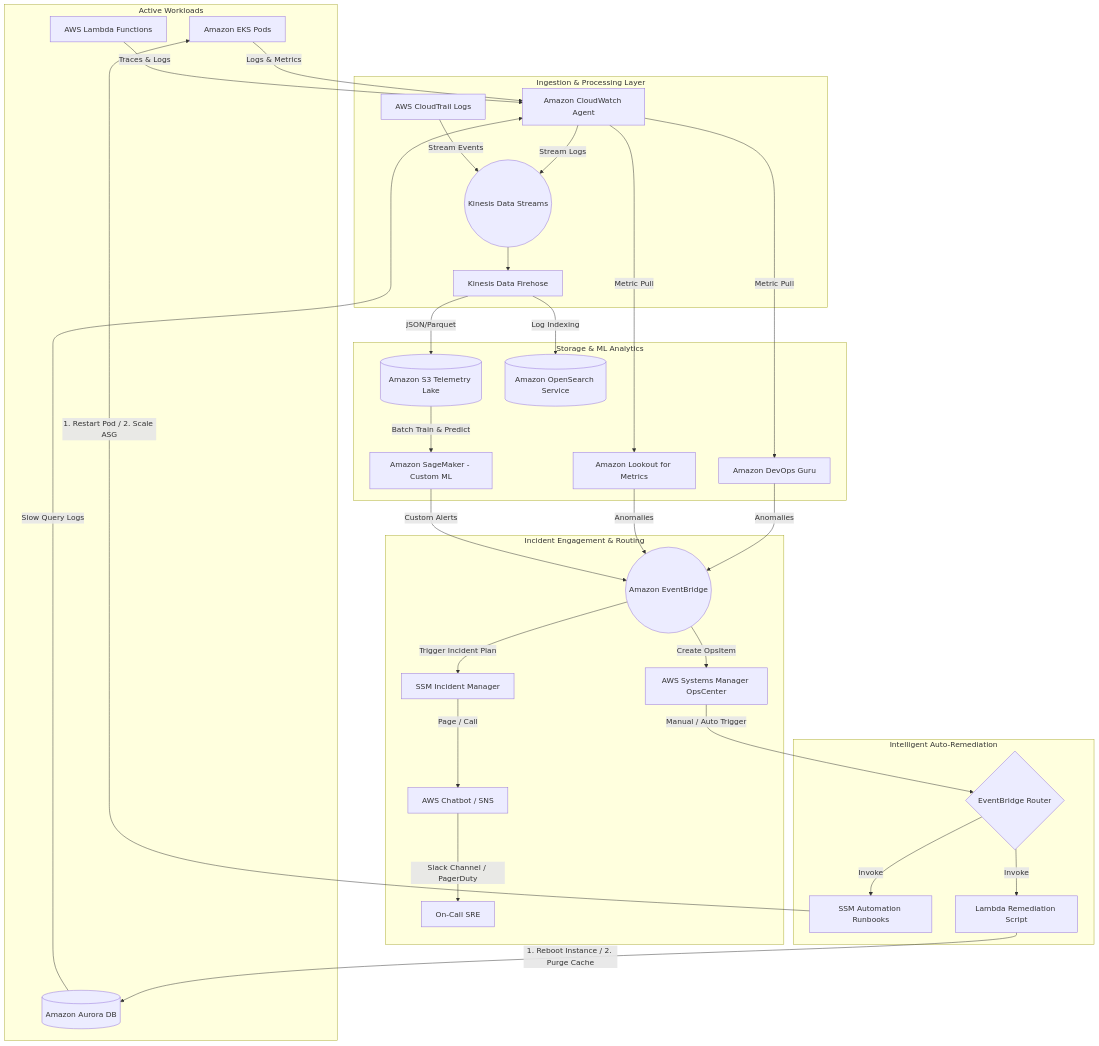
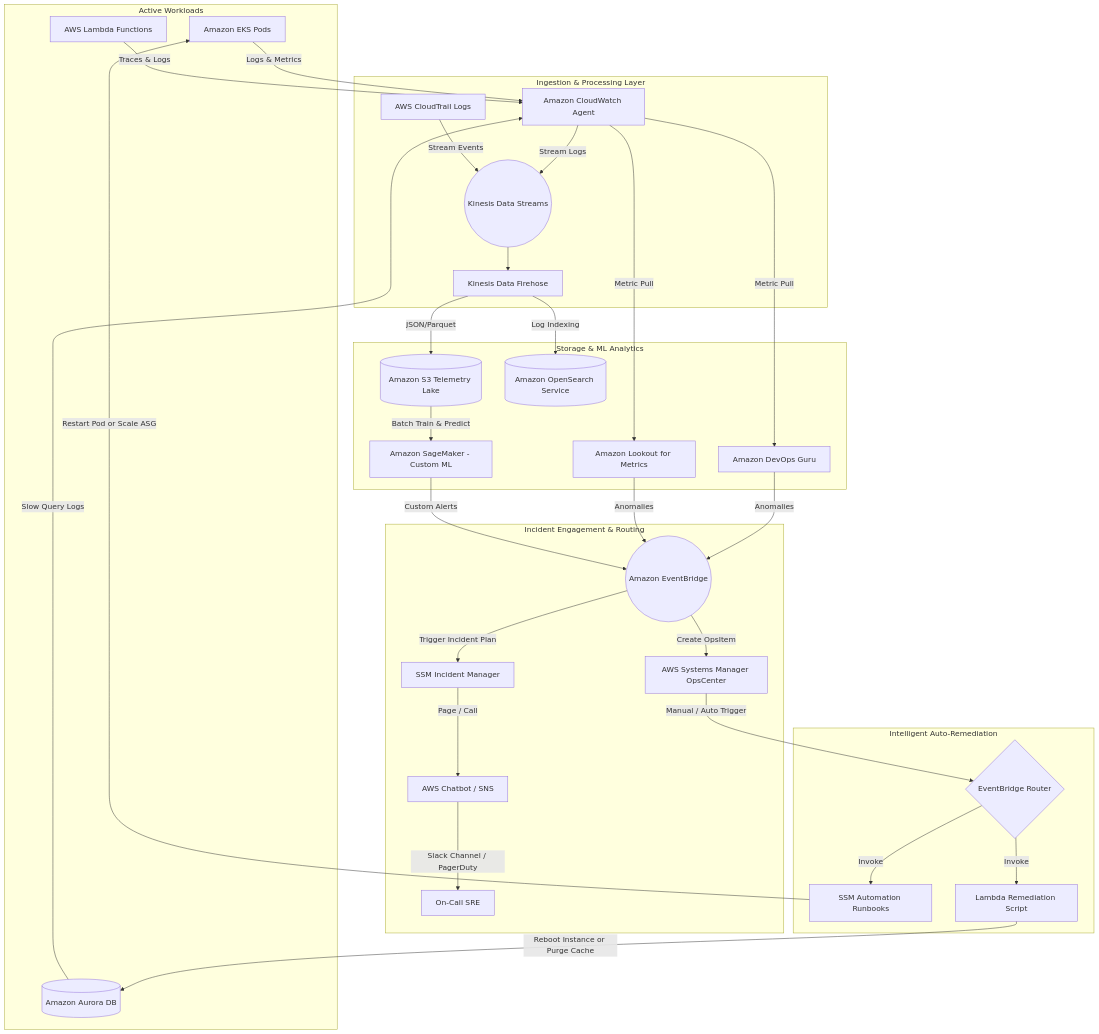
One commit to himanshubhardwaj87/awesome-aws-architecture changed the first of 2 diagrams in concepts/aiops-on-aws.md. Above: the diagram before and after it, drawn with Mermaid. The commit also changed other lines of this file, not shown here.

Commit message:
refactor: update mermaid diagrams with standardized syntax and clarified labels for AIOps architecture and recovery flow

````diff
--- a/concepts/aiops-on-aws.md
+++ b/concepts/aiops-on-aws.md
@@ -35,74 +35,74 @@
 ```mermaid
 graph TD
     %% Telemetry Sources
     subgraph Workload [Active Workloads]
-        EKS[Amazon EKS Pods]
-        RDS[(Amazon Aurora DB)]
-        Lambda[AWS Lambda Functions]
+        EKS["Amazon EKS Pods"]
+        RDS[("Amazon Aurora DB")]
+        Lambda["AWS Lambda Functions"]
     end
     
     %% Ingest & Collect
     subgraph Ingest [Ingestion & Processing Layer]
-        CW[Amazon CloudWatch Agent]
-        CT[AWS CloudTrail Logs]
-        
-        KinesisStream((Kinesis Data Streams))
-        Firehose[Kinesis Data Firehose]
-        
-        EKS -->|Logs & Metrics| CW
-        RDS -->|Slow Query Logs| CW
-        Lambda -->|Traces & Logs| CW
-        
-        CW -->|Stream Logs| KinesisStream
-        CT -->|Stream Events| KinesisStream
-        KinesisStream --> Firehose
+        CW["Amazon CloudWatch Agent"]
+        CT["AWS CloudTrail Logs"]
+        KinesisStream(("Kinesis Data Streams"))
+        Firehose["Kinesis Data Firehose"]
     end
     
     %% Storage & Analytics
     subgraph StorageAnalytics [Storage & ML Analytics]
-        S3_Lake[(Amazon S3 Telemetry Lake)]
-        OpenSearch[(Amazon OpenSearch Service)]
-        
-        DevOpsGuru[Amazon DevOps Guru]
-        LookoutMetrics[Amazon Lookout for Metrics]
-        SageMaker[Amazon SageMaker - Custom ML]
-        
-        Firehose -->|JSON/Parquet| S3_Lake
-        Firehose -->|Log Indexing| OpenSearch
-        
-        CW -->|Metric Pull| DevOpsGuru
-        CW -->|Metric Pull| LookoutMetrics
-        S3_Lake -->|Batch Train & Predict| SageMaker
+        S3_Lake[("Amazon S3 Telemetry Lake")]
+        OpenSearch[("Amazon OpenSearch Service")]
+        DevOpsGuru["Amazon DevOps Guru"]
+        LookoutMetrics["Amazon Lookout for Metrics"]
+        SageMaker["Amazon SageMaker - Custom ML"]
     end
     
     %% Incident Management
     subgraph Engagement [Incident Engagement & Routing]
-        EventBridge((Amazon EventBridge))
-        SSM_Ops[AWS Systems Manager OpsCenter]
-        SSM_Incident[SSM Incident Manager]
-        Chatbot[AWS Chatbot / SNS]
-        
-        DevOpsGuru -->|Anomalies| EventBridge
-        LookoutMetrics -->|Anomalies| EventBridge
-        SageMaker -->|Custom Alerts| EventBridge
-        
-        EventBridge -->|Create OpsItem| SSM_Ops
-        EventBridge -->|Trigger Incident Plan| SSM_Incident
-        SSM_Incident -->|Page / Call| Chatbot
-        Chatbot -->|Slack Channel / PagerDuty| Engineer[On-Call SRE]
+        EventBridge(("Amazon EventBridge"))
+        SSM_Ops["AWS Systems Manager OpsCenter"]
+        SSM_Incident["SSM Incident Manager"]
+        Chatbot["AWS Chatbot / SNS"]
+        Engineer["On-Call SRE"]
     end
     
     %% Auto-Remediation
     subgraph SelfHealing [Intelligent Auto-Remediation]
-        RemediationRouter{EventBridge Router}
-        SSM_Automation[SSM Automation Runbooks]
-        LambdaHeal[Lambda Remediation Script]
-        
-        SSM_Ops -->|Manual / Auto Trigger| RemediationRouter
-        RemediationRouter -->|Invoke| SSM_Automation
-        RemediationRouter -->|Invoke| LambdaHeal
-        
-        SSM_Automation -->|1. Restart Pod / 2. Scale ASG| EKS
-        LambdaHeal -->|1. Reboot Instance / 2. Purge Cache| RDS
+        RemediationRouter{"EventBridge Router"}
+        SSM_Automation["SSM Automation Runbooks"]
+        LambdaHeal["Lambda Remediation Script"]
     end
+
+    %% Connections
+    EKS -->|"Logs & Metrics"| CW
+    RDS -->|"Slow Query Logs"| CW
+    Lambda -->|"Traces & Logs"| CW
+    
+    CW -->|"Stream Logs"| KinesisStream
+    CT -->|"Stream Events"| KinesisStream
+    KinesisStream --> Firehose
+    
+    Firehose -->|"JSON/Parquet"| S3_Lake
+    Firehose -->|"Log Indexing"| OpenSearch
+    
+    CW -->|"Metric Pull"| DevOpsGuru
+    CW -->|"Metric Pull"| LookoutMetrics
+    S3_Lake -->|"Batch Train & Predict"| SageMaker
+    
+    DevOpsGuru -->|"Anomalies"| EventBridge
+    LookoutMetrics -->|"Anomalies"| EventBridge
+    SageMaker -->|"Custom Alerts"| EventBridge
+    
+    EventBridge -->|"Create OpsItem"| SSM_Ops
+    EventBridge -->|"Trigger Incident Plan"| SSM_Incident
+    SSM_Incident -->|"Page / Call"| Chatbot
+    Chatbot -->|"Slack Channel / PagerDuty"| Engineer
+    
+    SSM_Ops -->|"Manual / Auto Trigger"| RemediationRouter
+    RemediationRouter -->|"Invoke"| SSM_Automation
+    RemediationRouter -->|"Invoke"| LambdaHeal
+    
+    SSM_Automation -->|"Restart Pod or Scale ASG"| EKS
+    LambdaHeal -->|"Reboot Instance or Purge Cache"| RDS
 ```
````
